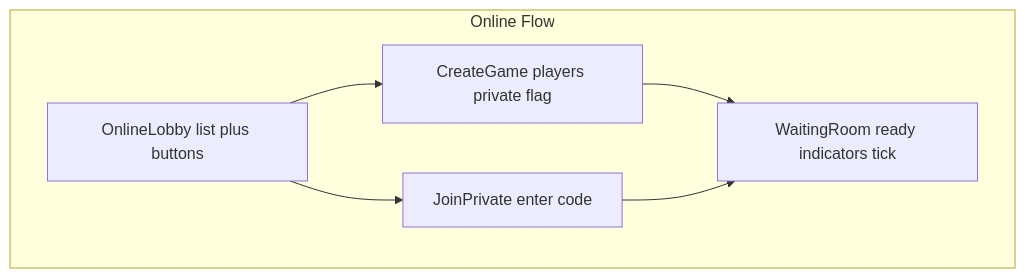
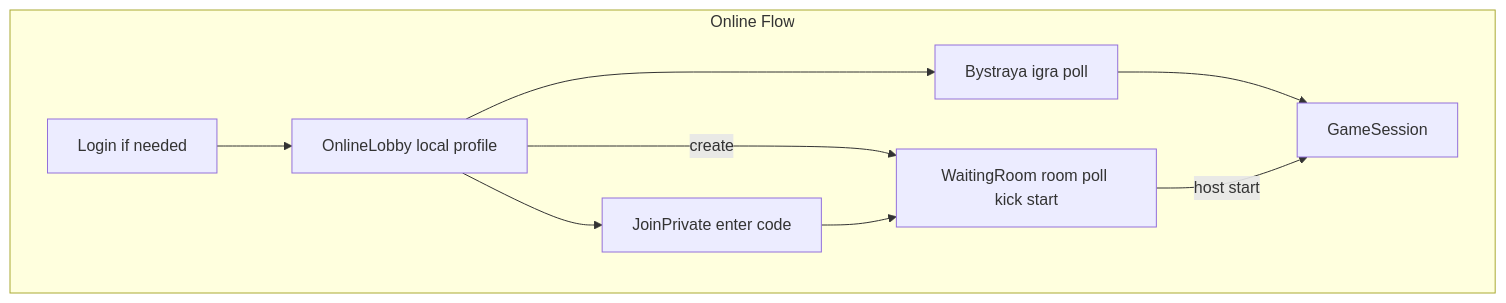
One commit to ivanbogomoloff/fool-card-game changed the second of 12 diagrams in docs/architecture/navigation-and-screens.md. Above: the diagram before and after it, drawn with Mermaid. The commit also changed other lines of this file and 45 other files, not shown here.

````diff
--- a/docs/architecture/navigation-and-screens.md
+++ b/docs/architecture/navigation-and-screens.md
@@ -25,13 +27,17 @@
 ```mermaid
 flowchart TB
     subgraph onlineFlow [Online Flow]
-        OnlineLobby[OnlineLobby list plus buttons]
-        CreateGame[CreateGame players private flag]
+        LoginGate[Login if needed]
+        OnlineLobby[OnlineLobby local profile]
+        QuickMatch[Bystraya igra poll]
         JoinPrivate[JoinPrivate enter code]
-        WaitingRoom[WaitingRoom ready indicators tick]
-        OnlineLobby --> CreateGame
+        WaitingRoom[WaitingRoom room poll kick start]
+        LoginGate --> OnlineLobby
+        OnlineLobby --> QuickMatch
         OnlineLobby --> JoinPrivate
-        CreateGame --> WaitingRoom
+        OnlineLobby -->|create| WaitingRoom
         JoinPrivate --> WaitingRoom
+        QuickMatch --> GameSession
+        WaitingRoom -->|host start| GameSession
     end
 ```
````
